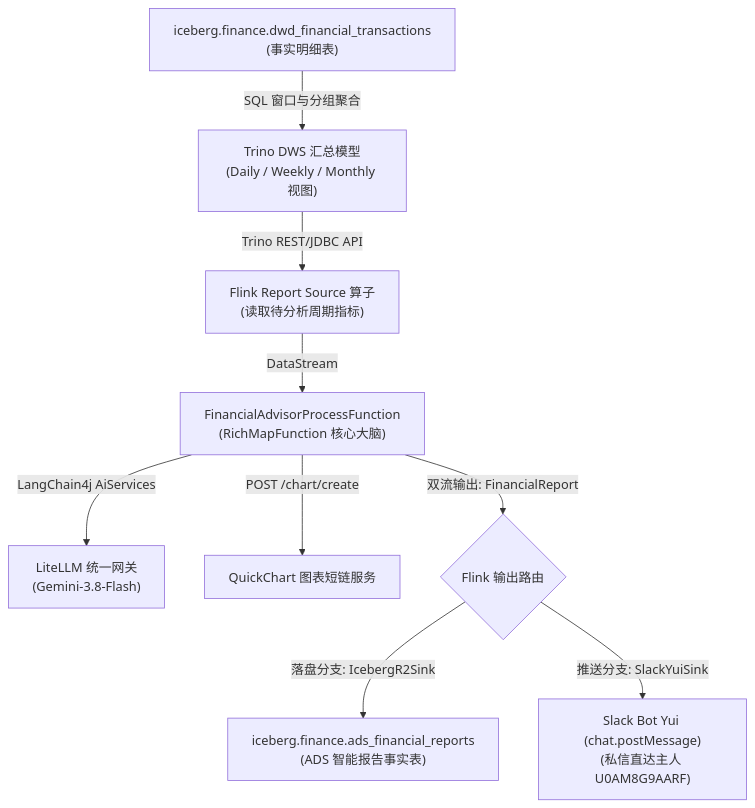
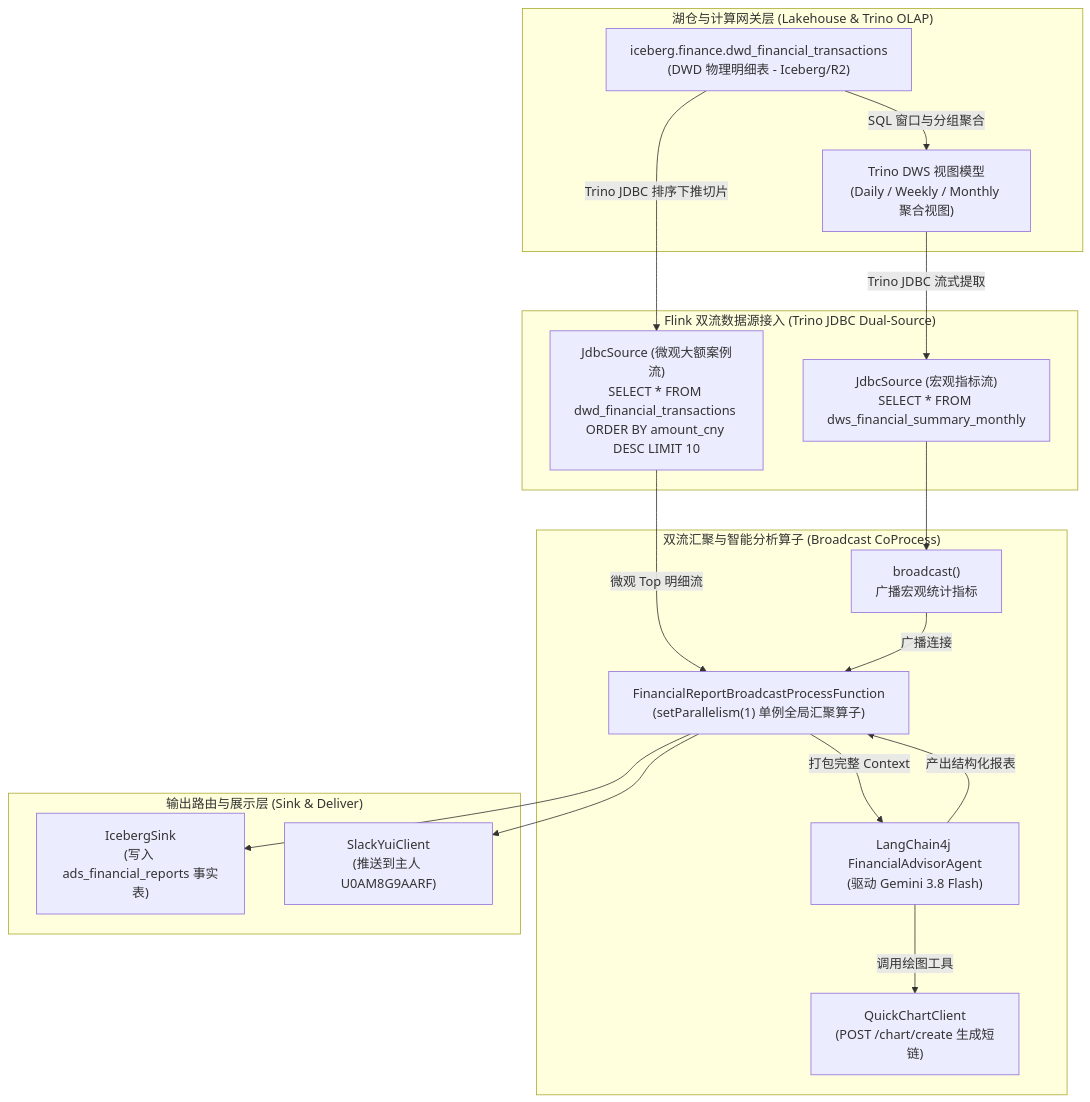
Before and after one commit to nvd11/sms-flink-etl: the diagram in docs/financial-analytics-dws-spec.md, drawn with Mermaid. The commit also changed other lines of this file and 7 other files, not shown here.

Commit message:
feat(dwd): expand transaction categorization to 11 classes and enhance Flink ODS watermark handling

````diff
--- a/docs/financial-analytics-dws-spec.md
+++ b/docs/financial-analytics-dws-spec.md
@@ -258,11 +281,39 @@
 ```mermaid
 graph TB
-    DWD["iceberg.finance.dwd_financial_transactions<br/>(事实明细表)"] -->|SQL 窗口与分组聚合| DWS["Trino DWS 汇总模型<br/>(Daily / Weekly / Monthly 视图)"]
-    DWS -->|Trino REST/JDBC API| SOURCE["Flink Report Source 算子<br/>(读取待分析周期指标)"]
-    SOURCE -->|DataStream| FUNC["FinancialAdvisorProcessFunction<br/>(RichMapFunction 核心大脑)"]
-    FUNC -->|LangChain4j AiServices| LITELLM["LiteLLM 统一网关<br/>(Gemini-3.8-Flash)"]
-    FUNC -->|POST /chart/create| QC["QuickChart 图表短链服务"]
-    FUNC -->|双流输出: FinancialReport| SINK_SPLIT{"Flink 输出路由"}
-    SINK_SPLIT -->|落盘分支: IcebergR2Sink| ADS["iceberg.finance.ads_financial_reports<br/>(ADS 智能报告事实表)"]
-    SINK_SPLIT -->|推送分支: SlackYuiSink| YUI["Slack Bot Yui (chat.postMessage)<br/>(私信直达主人 U0AM8G9AARF)"]
+    subgraph StorageLayer ["湖仓与计算网关层 (Lakehouse & Trino OLAP)"]
+        DWD_TAB["iceberg.finance.dwd_financial_transactions<br/>(DWD 物理明细表 - Iceberg/R2)"]
+        DWS_VIEW["Trino DWS 视图模型<br/>(Daily / Weekly / Monthly 聚合视图)"]
+    end
+
+    subgraph DualSource ["Flink 双流数据源接入 (Trino JDBC Dual-Source)"]
+        DWS_SRC["JdbcSource (宏观指标流)<br/>SELECT * FROM dws_financial_summary_monthly"]
+        DWD_SRC["JdbcSource (微观大额案例流)<br/>SELECT * FROM dwd_financial_transactions ORDER BY amount_cny DESC LIMIT 10"]
+    end
+
+    subgraph CoProcess ["双流汇聚与智能分析算子 (Broadcast CoProcess)"]
+        BROADCAST["broadcast()<br/>广播宏观统计指标"]
+        CO_FUNC["FinancialReportBroadcastProcessFunction<br/>(setParallelism(1) 单例全局汇聚算子)"]
+        AGENT["LangChain4j FinancialAdvisorAgent<br/>(驱动 Gemini 3.8 Flash)"]
+        QC["QuickChartClient<br/>(POST /chart/create 生成短链)"]
+    end
+
+    subgraph OutputLayer ["输出路由与展示层 (Sink & Deliver)"]
+        ADS_SINK["IcebergSink<br/>(写入 ads_financial_reports 事实表)"]
+        SLACK_SINK["SlackYuiClient<br/>(推送到主人 U0AM8G9AARF)"]
+    end
+
+    DWD_TAB -->|SQL 窗口与分组聚合| DWS_VIEW
+    DWS_VIEW -->|Trino JDBC 流式提取| DWS_SRC
+    DWD_TAB -->|Trino JDBC 排序下推切片| DWD_SRC
+
+    DWD_SRC -->|微观 Top 明细流| CO_FUNC
+    DWS_SRC --> BROADCAST
+    BROADCAST -->|广播连接| CO_FUNC
+
+    CO_FUNC -->|打包完整 Context| AGENT
+    AGENT -->|调用绘图工具| QC
+    AGENT -->|产出结构化报表| CO_FUNC
+
+    CO_FUNC --> ADS_SINK
+    CO_FUNC --> SLACK_SINK
 ```
````
